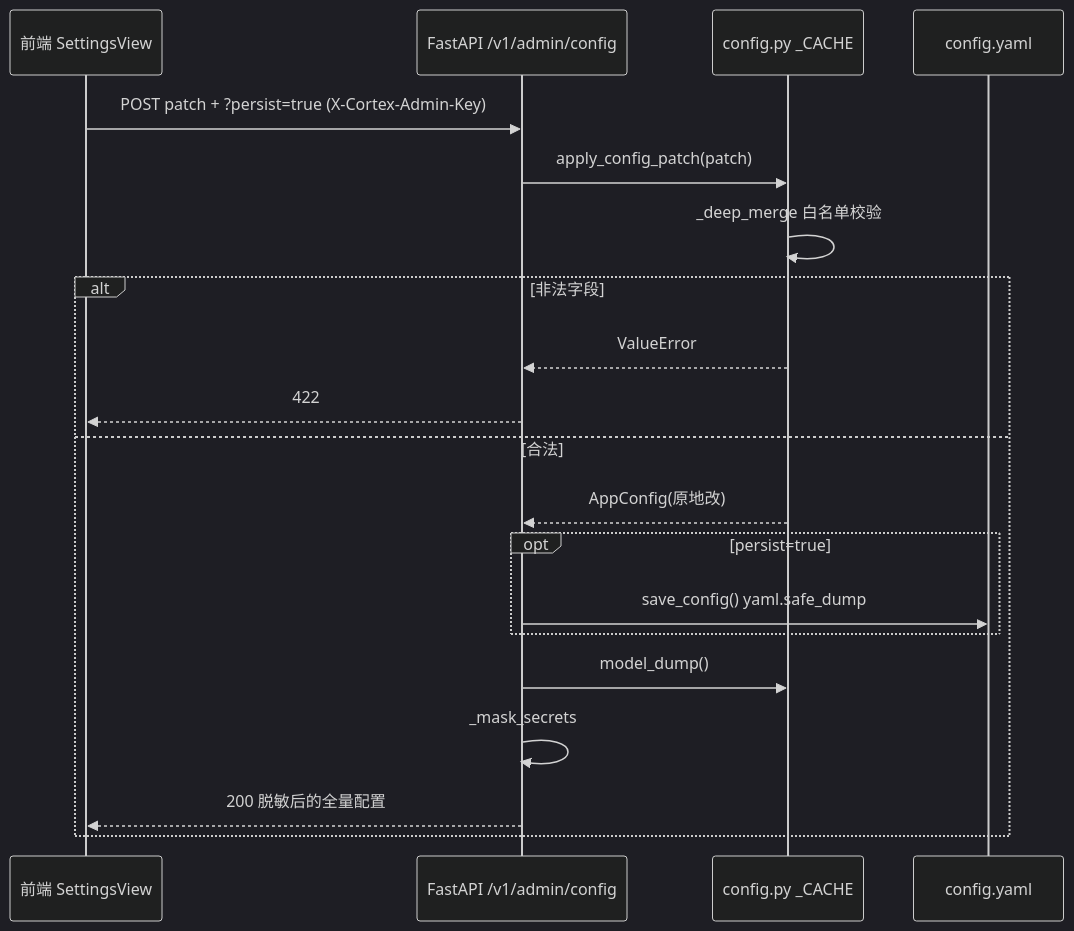
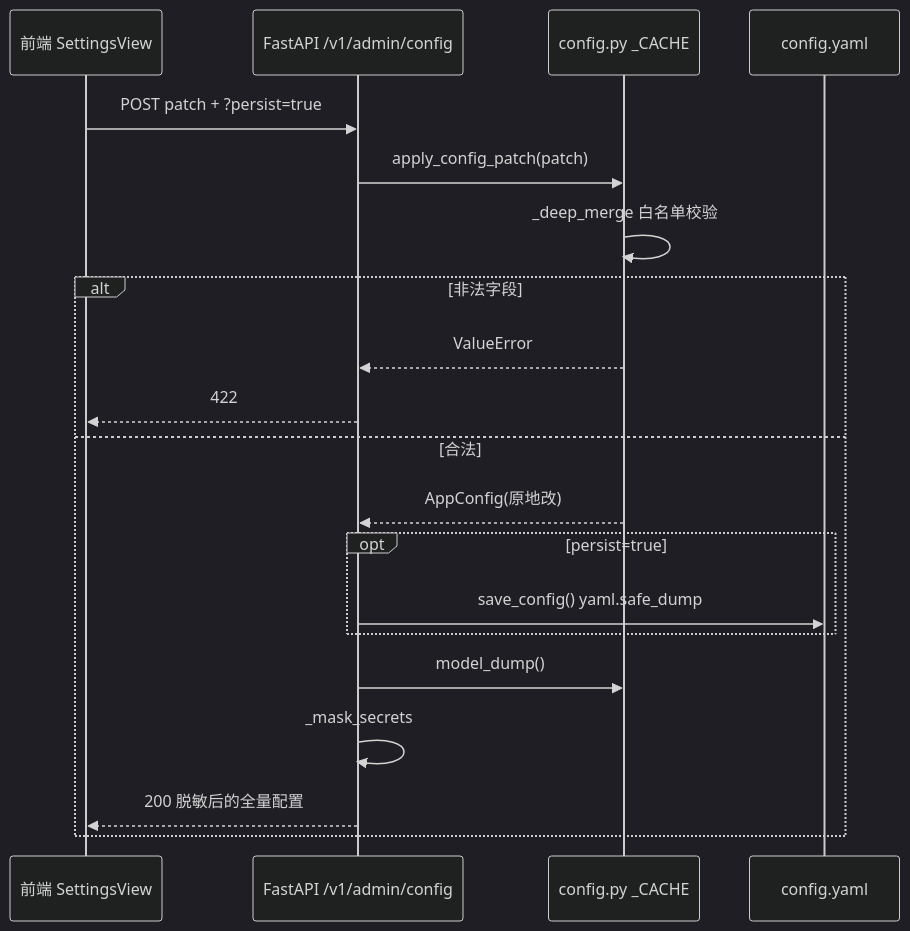
Before and after one commit to pty819/cortex-py-book: the diagram in source/chapters/24-config-and-frontend.md, drawn with Mermaid (dark theme). The commit also changed other lines of this file and 27 other files, not shown here.

````diff
--- a/source/chapters/24-config-and-frontend.md
+++ b/source/chapters/24-config-and-frontend.md
@@ -155,23 +159,23 @@
 ```{mermaid}
 sequenceDiagram
     participant FE as 前端 SettingsView
     participant API as FastAPI /v1/admin/config
     participant CFG as config.py _CACHE
     participant FS as config.yaml
 
-    FE->>API: POST patch + ?persist=true (X-Cortex-Admin-Key)
+    FE->>API: POST patch + ?persist=true
     API->>CFG: apply_config_patch(patch)
     CFG->>CFG: _deep_merge 白名单校验
     alt 非法字段
         CFG-->>API: ValueError
         API-->>FE: 422
     else 合法
         CFG-->>API: AppConfig(原地改)
         opt persist=true
             API->>FS: save_config() yaml.safe_dump
         end
         API->>CFG: model_dump()
         API->>API: _mask_secrets
         API-->>FE: 200 脱敏后的全量配置
     end
 ```
````
